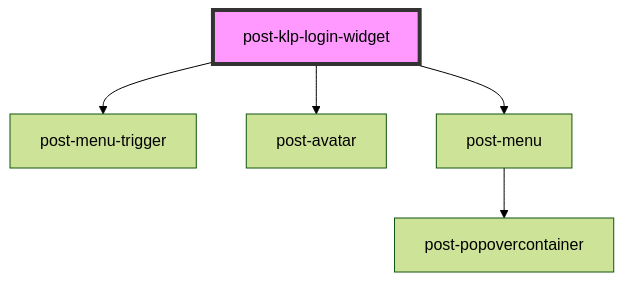
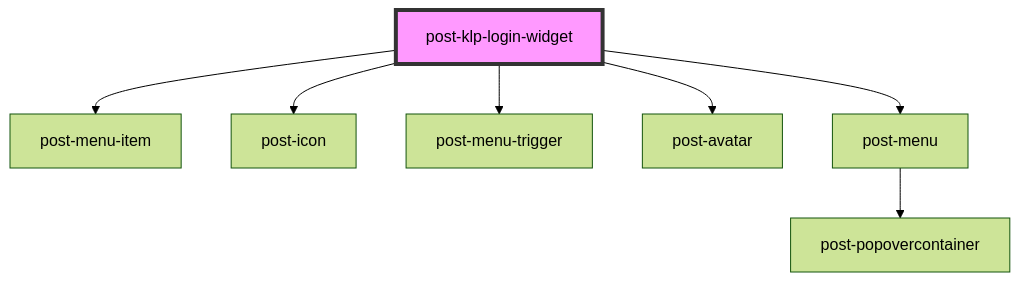
One commit to swisspost/design-system changed the diagram in packages/components/src/components/post-klp-login-widget/readme.md. Above: the diagram before and after it, drawn with Mermaid (forest theme). The commit also changed other lines of this file and 8 other files, not shown here.

First line of the commit message:
feat(components): combine the header's user menu with the widget's session

````diff
--- a/packages/components/src/components/post-klp-login-widget/readme.md
+++ b/packages/components/src/components/post-klp-login-widget/readme.md
@@ -44,8 +49,10 @@
 ```mermaid
 graph TD;
+  post-klp-login-widget --> post-menu-item
+  post-klp-login-widget --> post-icon
   post-klp-login-widget --> post-menu-trigger
   post-klp-login-widget --> post-avatar
   post-klp-login-widget --> post-menu
   post-menu --> post-popovercontainer
   style post-klp-login-widget fill:#f9f,stroke:#333,stroke-width:4px
 ```
````
